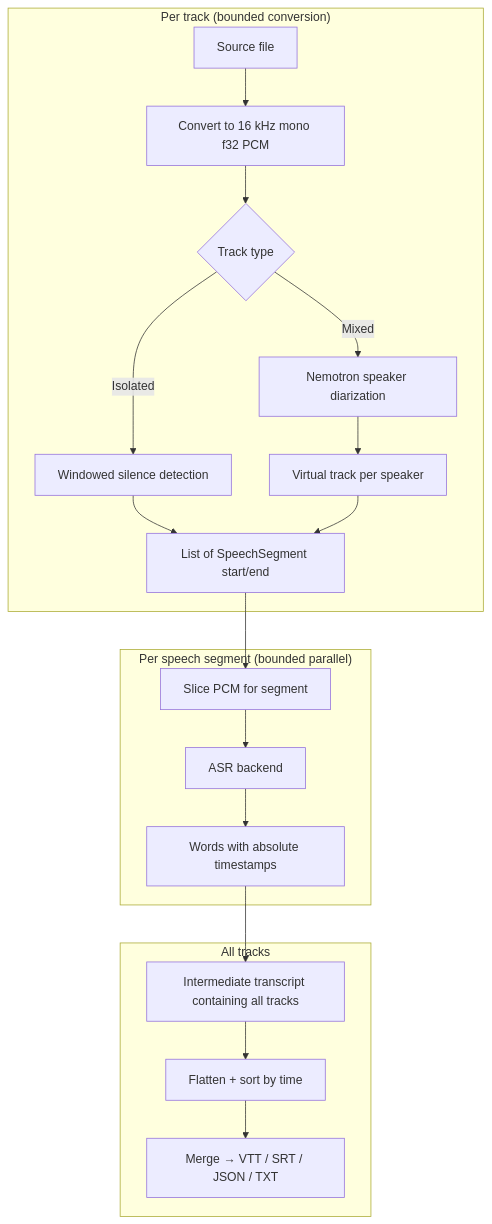
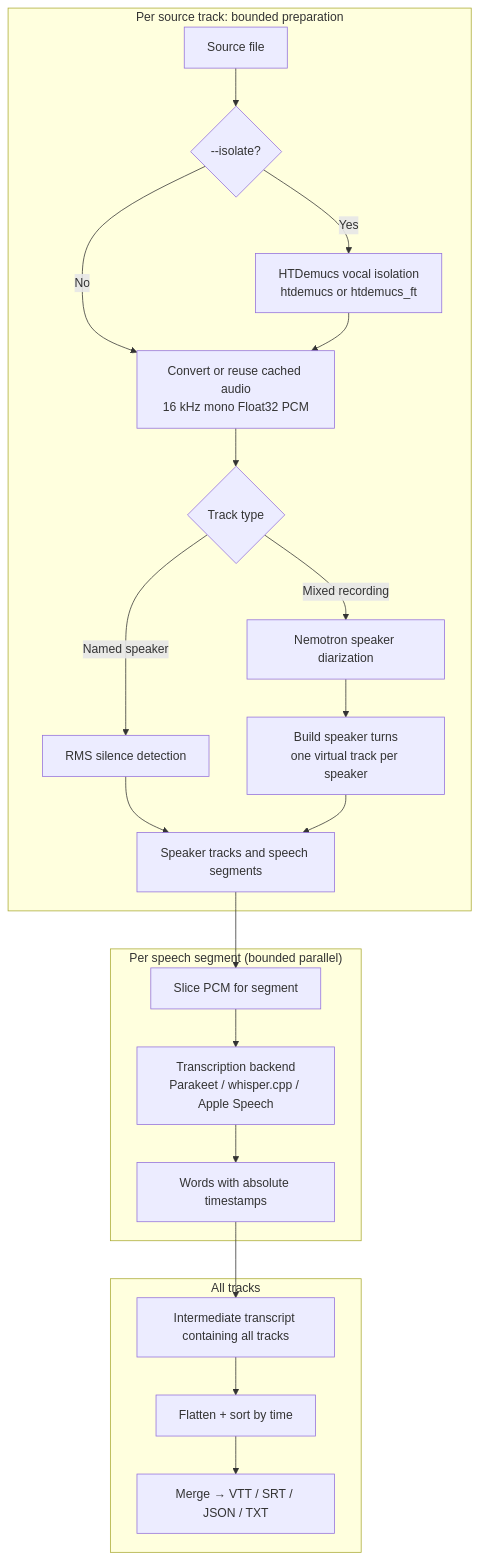
The diagram in README.md (heikopanjas/superscribe), drawn with Mermaid before and after one commit. The commit also changed other lines of this file and 20 other files, not shown here.

````diff
--- a/README.md
+++ b/README.md
@@ -51,22 +56,25 @@
 ```mermaid
 flowchart TB
-  subgraph per_track ["Per track (bounded conversion)"]
-    A[Source file] --> B[Convert to 16 kHz mono f32 PCM]
-    B --> K{Track type}
-    K -->|Isolated| C[Windowed silence detection]
-    K -->|Mixed| L[Nemotron speaker diarization]
-    C --> D["List of SpeechSegment start/end"]
-    L --> M[Virtual track per speaker]
+  subgraph per_track ["Per source track: bounded preparation"]
+    A["Source file"] --> O{"--isolate?"}
+    O -->|Yes| V["HTDemucs vocal isolation<br/>htdemucs or htdemucs_ft"]
+    O -->|No| B["Convert or reuse cached audio<br/>16 kHz mono Float32 PCM"]
+    V --> B
+    B --> K{"Track type"}
+    K -->|Named speaker| C["RMS silence detection"]
+    K -->|Mixed recording| L["Nemotron speaker diarization"]
+    C --> D["Speaker tracks and speech segments"]
+    L --> M["Build speaker turns<br/>one virtual track per speaker"]
     M --> D
   end
   subgraph transcribe ["Per speech segment (bounded parallel)"]
     D --> E[Slice PCM for segment]
-    E --> F[ASR backend]
+    E --> F["Transcription backend<br/>Parakeet / whisper.cpp / Apple Speech"]
     F --> G[Words with absolute timestamps]
   end
   subgraph merge_phase ["All tracks"]
     G --> H[Intermediate transcript containing all tracks]
     H --> I[Flatten + sort by time]
     I --> J[Merge → VTT / SRT / JSON / TXT]
   end
 ```
````
